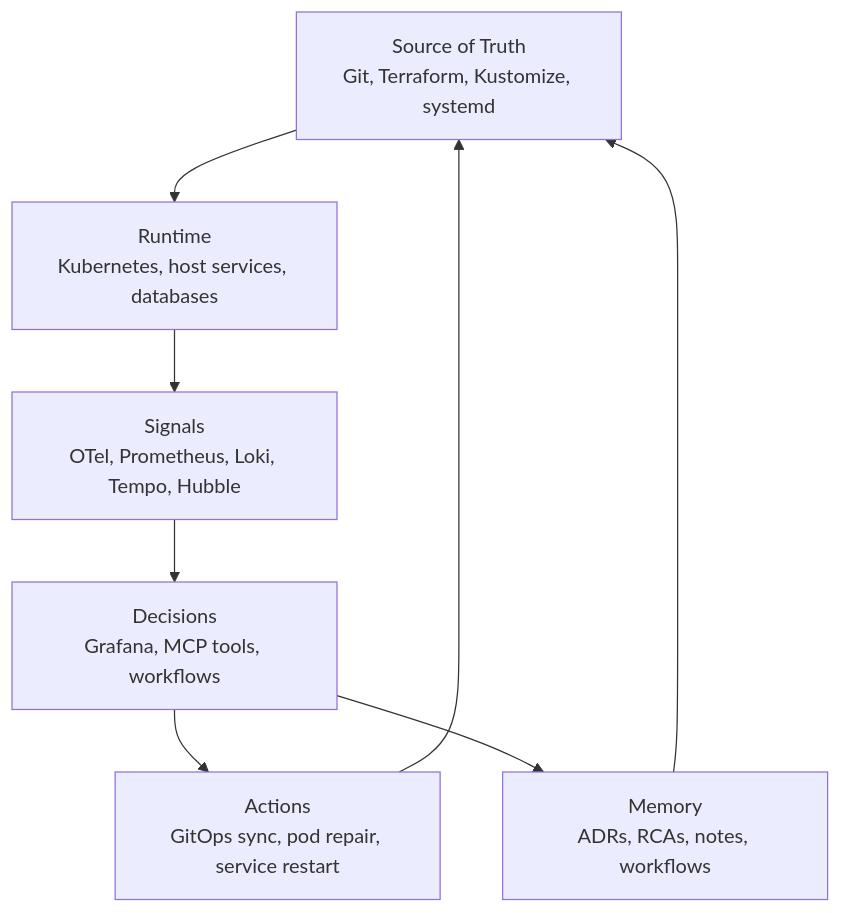
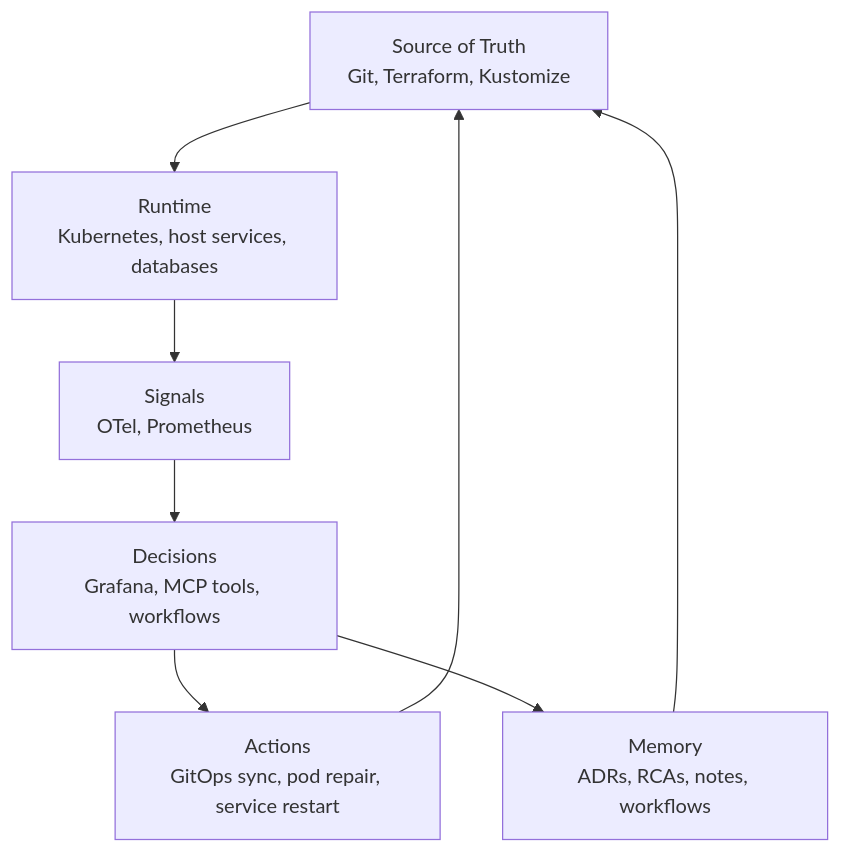
One commit to victoriacheng15/observability-hub changed the diagram in README.md. Above: the diagram before and after it, drawn with Mermaid. The commit also changed other lines of this file and 16 other files, not shown here.

````diff
--- a/README.md
+++ b/README.md
@@ -34,17 +34,17 @@
 ```mermaid
 flowchart TB
-    Source["Source of Truth<br/>Git, Terraform, Kustomize, systemd"]
+    Source["Source of Truth<br/>Git, Terraform, Kustomize"]
     Runtime["Runtime<br/>Kubernetes, host services, databases"]
-    Signals["Signals<br/>OTel, Prometheus, Loki, Tempo, Hubble"]
+    Signals["Signals<br/>OTel, Prometheus"]
     Decisions["Decisions<br/>Grafana, MCP tools, workflows"]
     Actions["Actions<br/>GitOps sync, pod repair, service restart"]
     Memory["Memory<br/>ADRs, RCAs, notes, workflows"]
 
     Source --> Runtime
     Runtime --> Signals
     Signals --> Decisions
     Decisions --> Actions
     Actions --> Source
     Decisions --> Memory
     Memory --> Source
 ```
````
